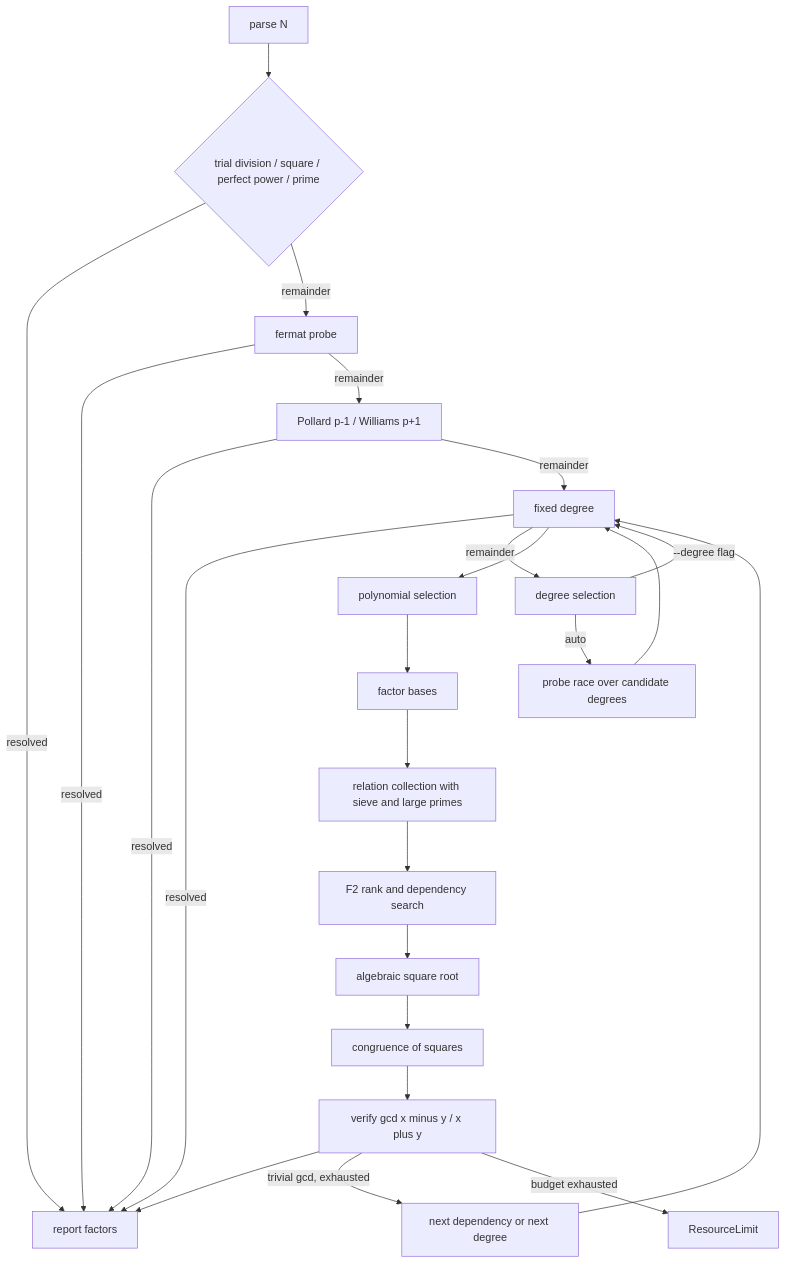
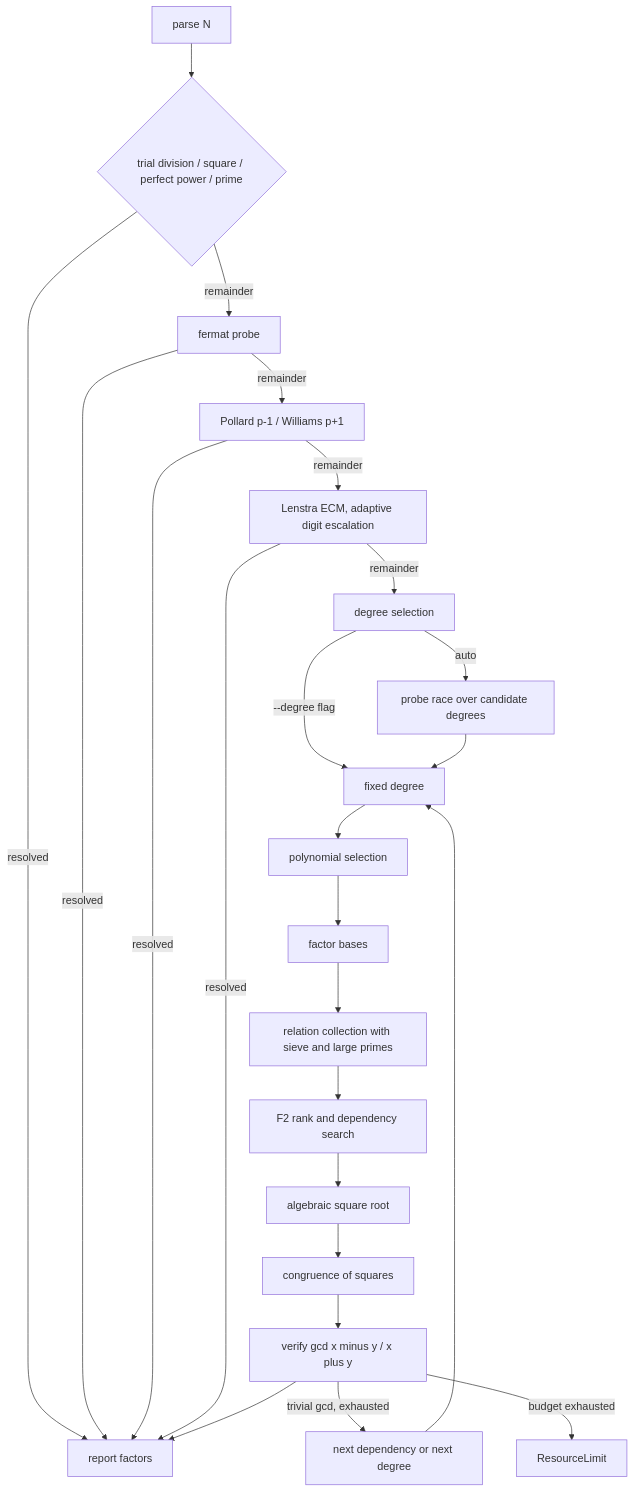
The second of 2 diagrams in README.md (jake1104/GrayNFS), drawn with Mermaid before and after one commit. The commit also changed other lines of this file and 13 other files, not shown here.

````diff
--- a/README.md
+++ b/README.md
@@ -136,26 +192,26 @@
 ```mermaid
 flowchart TD
     a[parse N] --> b{trial division / square / perfect power / prime}
     b -->|resolved| z[report factors]
     b -->|remainder| p[fermat probe]
     p -->|resolved| z
     p -->|remainder| s[Pollard p-1 / Williams p+1]
     s -->|resolved| z
     s -->|remainder| e[Lenstra ECM, adaptive digit escalation]
     e -->|resolved| z
     e -->|remainder| c[degree selection]
     c -->|auto| d[probe race over candidate degrees]
-    c -->|"--degree flag"| e[fixed degree]
-    d --> e
-    e --> f[polynomial selection]
+    c -->|"--degree flag"| e2[fixed degree]
+    d --> e2
+    e2 --> f[polynomial selection]
     f --> g[factor bases]
     g --> h[relation collection with sieve and large primes]
     h --> i[F2 rank and dependency search]
     i --> j[algebraic square root]
     j --> k[congruence of squares]
     k --> l[verify gcd x minus y / x plus y]
     l --> z
     l -->|trivial gcd, exhausted| m[next dependency or next degree]
-    m --> e
+    m --> e2
     l -->|budget exhausted| n[ResourceLimit]
 ```
````
